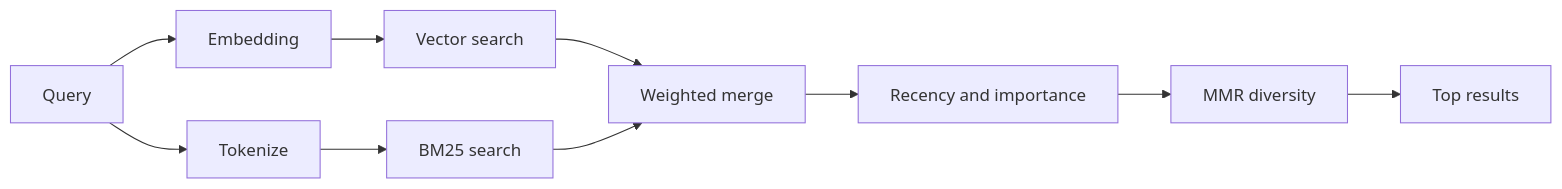
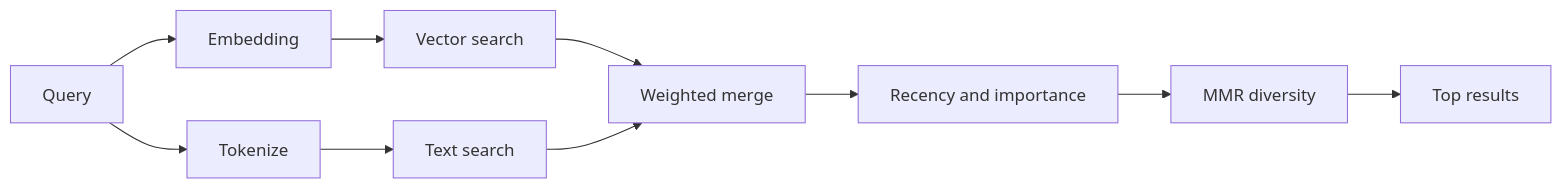
One commit to I24D/Lumina-Openclaw changed the diagram in docs/concepts/memory-search.md. Above: the diagram before and after it, drawn with Mermaid. The commit also changed other lines of this file and 41518 other files, not shown here.

````diff
--- a/docs/concepts/memory-search.md
+++ b/docs/concepts/memory-search.md
@@ -106,12 +141,12 @@
 ```mermaid
 flowchart LR
     Q["Query"] --> E["Embedding"]
     Q --> T["Tokenize"]
     E --> VS["Vector search"]
-    T --> BM["BM25 search"]
+    T --> BM["Text search"]
     VS --> M["Weighted merge"]
     BM --> M
     M --> D["Recency and importance"]
     D --> R["MMR diversity"]
     R --> O["Top results"]
 ```
````
